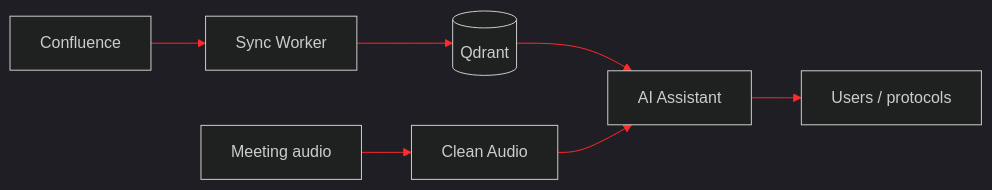
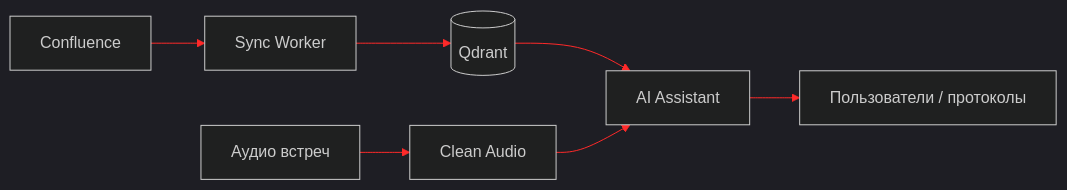
The diagram in README.md (artyom-ai-dev/artyom-ai-dev), drawn with Mermaid before and after one commit. The commit also changed other lines of this file and 2 other files, not shown here.

````diff
--- a/README.md
+++ b/README.md
@@ -108,10 +107,10 @@
 ```mermaid
 %%{init: {'theme': 'dark', 'themeVariables': { 'primaryColor': '#2a0000', 'primaryTextColor': '#ffd0d0', 'primaryBorderColor': '#ff2a2a', 'lineColor': '#ff2a2a', 'secondaryColor': '#140000', 'tertiaryColor': '#000000'}}}%%
 flowchart LR
   CF[Confluence] --> W[Sync Worker]
   W --> Q[(Qdrant)]
   Q --> AI[AI Assistant]
-  MIC[Meeting audio] --> CA[Clean Audio]
+  MIC[Аудио встреч] --> CA[Clean Audio]
   CA --> AI
-  AI --> U[Users / protocols]
+  AI --> U[Пользователи / протоколы]
 ```
````
